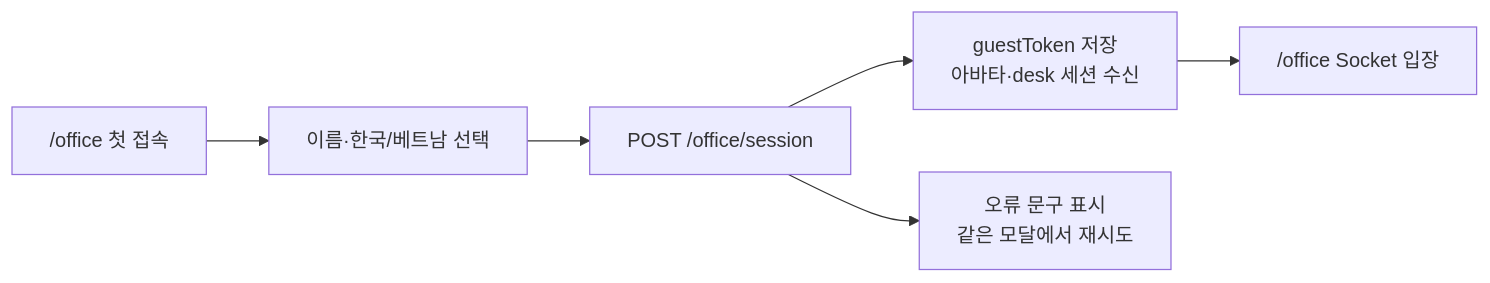
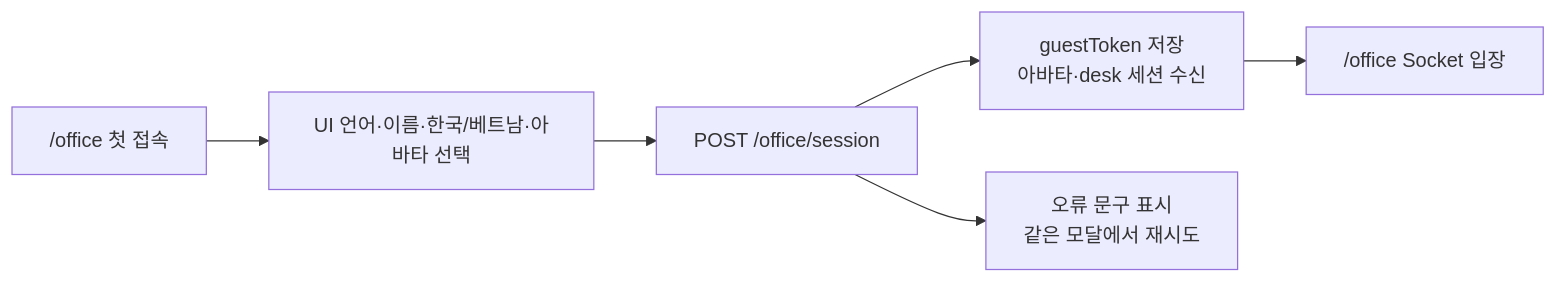
The diagram in docs/FEATURES/virtual-office/guest-onboarding.md (LIKELION2026/LIKELION2026), drawn with Mermaid before and after one commit. The commit also changed other lines of this file and 3 other files, not shown here.

````diff
--- a/docs/FEATURES/virtual-office/guest-onboarding.md
+++ b/docs/FEATURES/virtual-office/guest-onboarding.md
@@ -13,8 +15,8 @@
 ```mermaid
 flowchart LR
-    Open["/office 첫 접속"] --> Modal["이름·한국/베트남 선택"]
+    Open["/office 첫 접속"] --> Modal["UI 언어·이름·한국/베트남·아바타 선택"]
     Modal --> API["POST /office/session"]
     API --> Success["guestToken 저장\n아바타·desk 세션 수신"]
     Success --> Socket["/office Socket 입장"]
     API --> Failure["오류 문구 표시\n같은 모달에서 재시도"]
 ```
````
